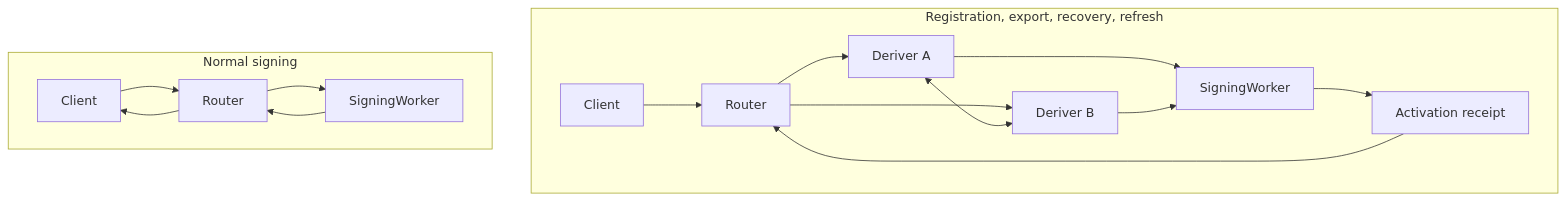
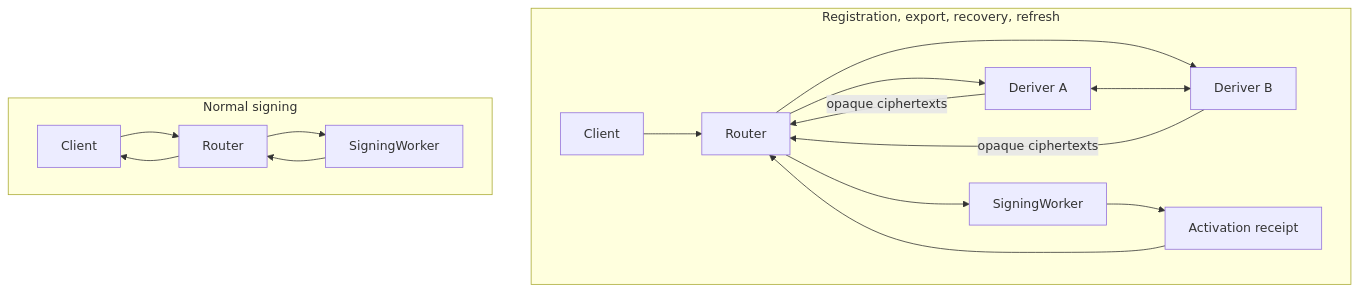
Before and after one commit to seams-tech/seams-sdk: the third of 22 diagrams in docs/router-a-b-SPEC.md, drawn with Mermaid. The commit also changed other lines of this file and 48 other files, not shown here.

````diff
--- a/docs/router-a-b-SPEC.md
+++ b/docs/router-a-b-SPEC.md
@@ -275,20 +278,21 @@
 ```mermaid
 flowchart TD
   subgraph D["Registration, export, recovery, refresh"]
     C1["Client"] --> R1["Router"]
     R1 --> A["Deriver A"]
     R1 --> B["Deriver B"]
     A <--> B
-    A --> SW1["SigningWorker"]
-    B --> SW1
+    A -->|"opaque ciphertexts"| R1
+    B -->|"opaque ciphertexts"| R1
+    R1 --> SW1["SigningWorker"]
     SW1 --> AR["Activation receipt"]
     AR --> R1
   end
 
   subgraph S["Normal signing"]
     C2["Client"] --> R2["Router"]
     R2 --> SW2["SigningWorker"]
     SW2 --> R2
     R2 --> C2
   end
 ```
````
